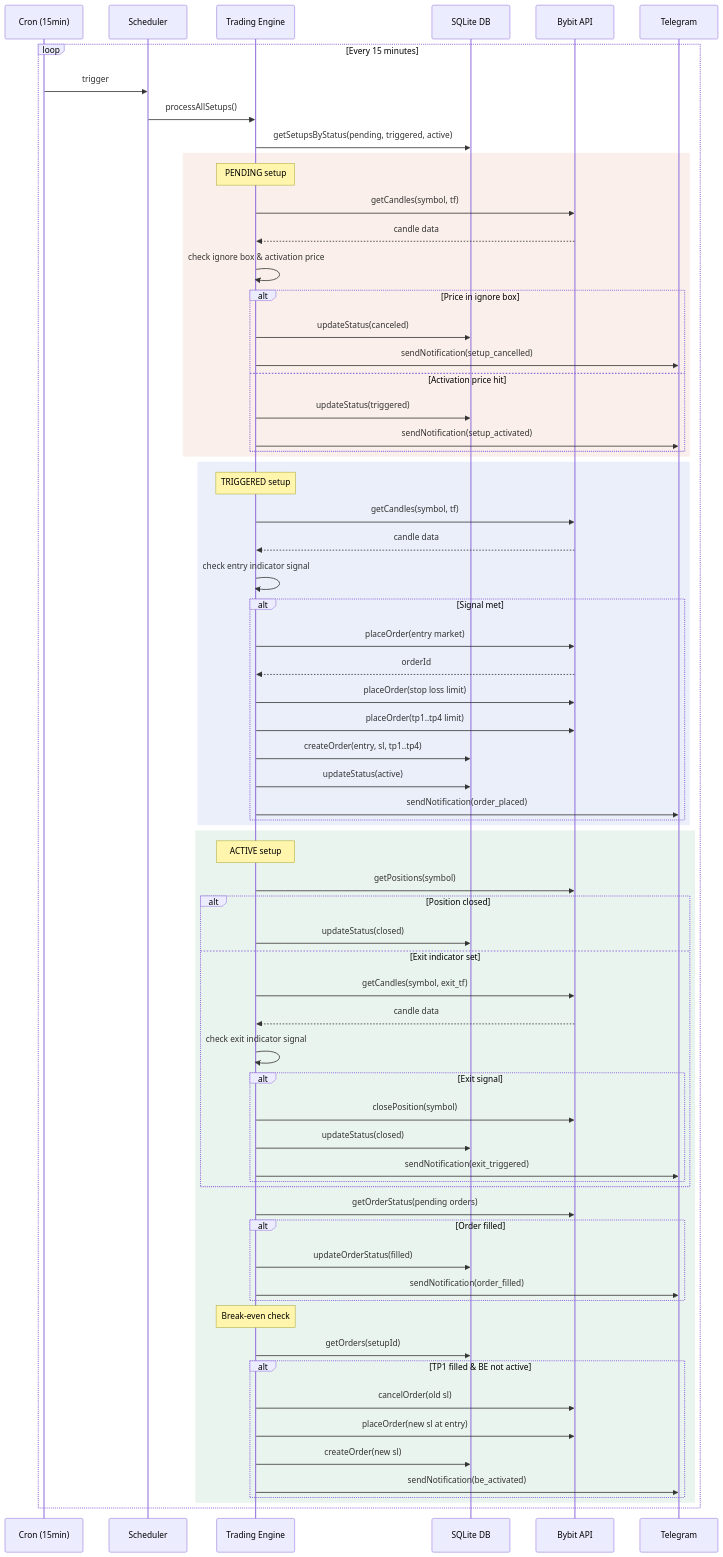
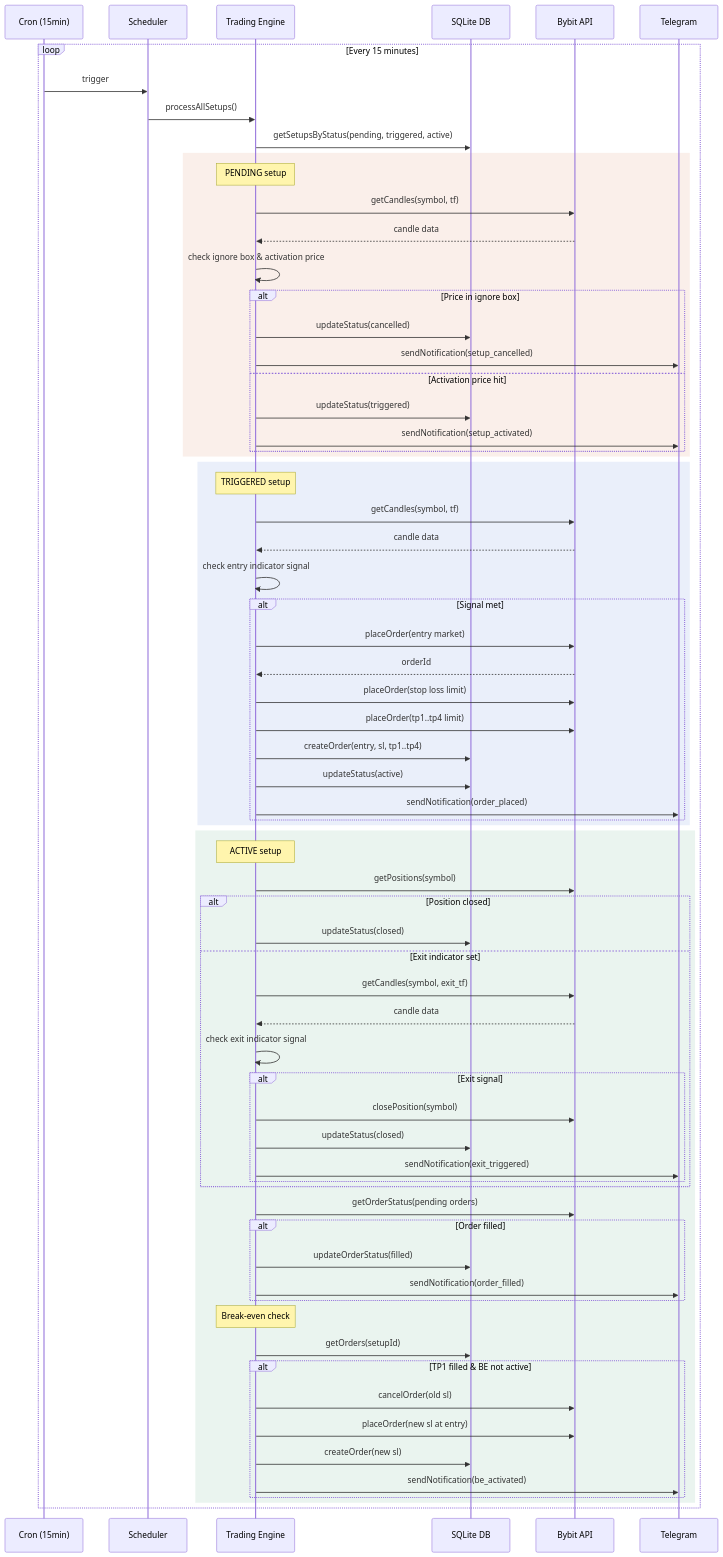
Before and after one commit to assist99/omnitrader: the second of 2 diagrams in README.md, drawn with Mermaid. The commit also changed 29 other files, not shown here.

````diff
--- a/README.md
+++ b/README.md
@@ -77,75 +77,75 @@
 ```mermaid
 sequenceDiagram
     participant Cron as Cron (15min)
     participant Sched as Scheduler
     participant Engine as Trading Engine
     participant DB as SQLite DB
     participant Bybit as Bybit API
     participant Tel as Telegram
 
     loop Every 15 minutes
         Cron->>Sched: trigger
         Sched->>Engine: processAllSetups()
         Engine->>DB: getSetupsByStatus(pending, triggered, active)
 
         rect rgb(200, 100, 50, 0.1)
             Note over Engine: PENDING setup
             Engine->>Bybit: getCandles(symbol, tf)
             Bybit-->>Engine: candle data
             Engine->>Engine: check ignore box & activation price
             alt Price in ignore box
-                Engine->>DB: updateStatus(canceled)
+                Engine->>DB: updateStatus(cancelled)
                 Engine->>Tel: sendNotification(setup_cancelled)
             else Activation price hit
                 Engine->>DB: updateStatus(triggered)
                 Engine->>Tel: sendNotification(setup_activated)
             end
         end
 
         rect rgb(50, 100, 200, 0.1)
             Note over Engine: TRIGGERED setup
             Engine->>Bybit: getCandles(symbol, tf)
             Bybit-->>Engine: candle data
             Engine->>Engine: check entry indicator signal
             alt Signal met
                 Engine->>Bybit: placeOrder(entry market)
                 Bybit-->>Engine: orderId
                 Engine->>Bybit: placeOrder(stop loss limit)
                 Engine->>Bybit: placeOrder(tp1..tp4 limit)
                 Engine->>DB: createOrder(entry, sl, tp1..tp4)
                 Engine->>DB: updateStatus(active)
                 Engine->>Tel: sendNotification(order_placed)
             end
         end
 
         rect rgb(50, 150, 100, 0.1)
             Note over Engine: ACTIVE setup
             Engine->>Bybit: getPositions(symbol)
             alt Position closed
                 Engine->>DB: updateStatus(closed)
             else Exit indicator set
                 Engine->>Bybit: getCandles(symbol, exit_tf)
                 Bybit-->>Engine: candle data
                 Engine->>Engine: check exit indicator signal
                 alt Exit signal
                     Engine->>Bybit: closePosition(symbol)
                     Engine->>DB: updateStatus(closed)
                     Engine->>Tel: sendNotification(exit_triggered)
                 end
             end
             Engine->>Bybit: getOrderStatus(pending orders)
             alt Order filled
                 Engine->>DB: updateOrderStatus(filled)
                 Engine->>Tel: sendNotification(order_filled)
             end
             Note over Engine: Break-even check
             Engine->>DB: getOrders(setupId)
             alt TP1 filled & BE not active
                 Engine->>Bybit: cancelOrder(old sl)
                 Engine->>Bybit: placeOrder(new sl at entry)
                 Engine->>DB: createOrder(new sl)
                 Engine->>Tel: sendNotification(be_activated)
             end
         end
     end
 ```
````
